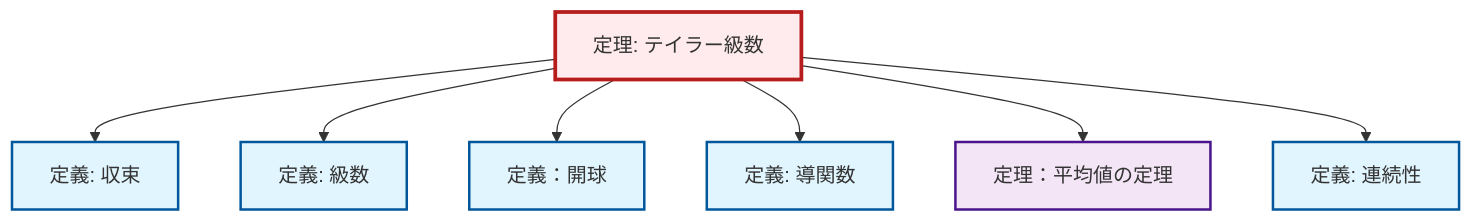
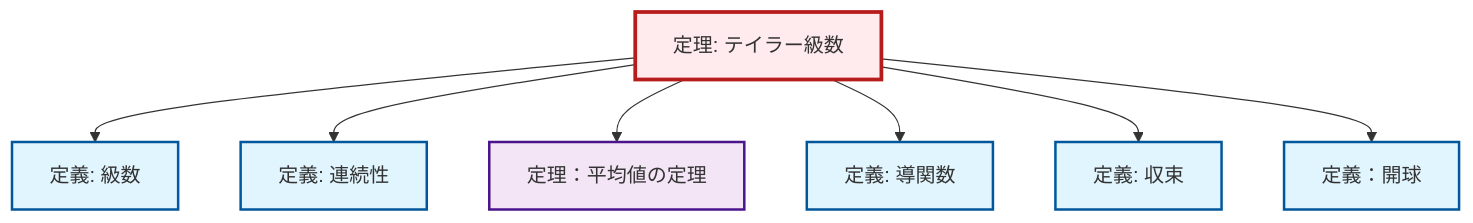
Before and after one commit to RK0429/ModernMath: the diagram in content/ja/analysis/thm-taylor-series.qmd, drawn with Mermaid. The commit also changed other lines of this file and 1012 other files, not shown here.

````diff
--- a/content/ja/analysis/thm-taylor-series.qmd
+++ b/content/ja/analysis/thm-taylor-series.qmd
@@ -109,29 +109,29 @@
 ```{mermaid}
 %%| fig-cap: "Local dependency graph"
 graph TD
     classDef definition fill:#e1f5fe,stroke:#01579b,stroke-width:2px
     classDef theorem fill:#f3e5f5,stroke:#4a148c,stroke-width:2px
     classDef axiom fill:#fff3e0,stroke:#e65100,stroke-width:2px
     classDef example fill:#e8f5e9,stroke:#1b5e20,stroke-width:2px
     classDef current fill:#ffebee,stroke:#b71c1c,stroke-width:3px
-    def-series["定義: 級数"]:::definition
     thm-mean-value["定理：平均値の定理"]:::theorem
-    def-convergence["定義: 収束"]:::definition
     def-continuity["定義: 連続性"]:::definition
     def-open-ball["定義：開球"]:::definition
+    def-derivative["定義: 導関数"]:::definition
+    def-series["定義: 級数"]:::definition
+    def-convergence["定義: 収束"]:::definition
     thm-taylor-series["定理: テイラー級数"]:::theorem
-    def-derivative["定義: 導関数"]:::definition
+    thm-taylor-series --> def-series
+    thm-taylor-series --> def-continuity
+    thm-taylor-series --> thm-mean-value
+    thm-taylor-series --> def-derivative
     thm-taylor-series --> def-convergence
-    thm-taylor-series --> def-series
     thm-taylor-series --> def-open-ball
-    thm-taylor-series --> def-derivative
-    thm-taylor-series --> thm-mean-value
-    thm-taylor-series --> def-continuity
     class thm-taylor-series current
-    click def-series "def-series.html" "級数の定義へ"
     click thm-mean-value "thm-mean-value.html" "定理：平均値の定理へ"
-    click def-convergence "def-convergence.html" "収束の定義へ"
     click def-continuity "def-continuity.html" "連続性の定義へ"
     click def-open-ball "def-open-ball.html" "定義：開球へ"
     click def-derivative "def-derivative.html" "導関数の定義へ"
+    click def-series "def-series.html" "級数の定義へ"
+    click def-convergence "def-convergence.html" "収束の定義へ"
 ```
````
